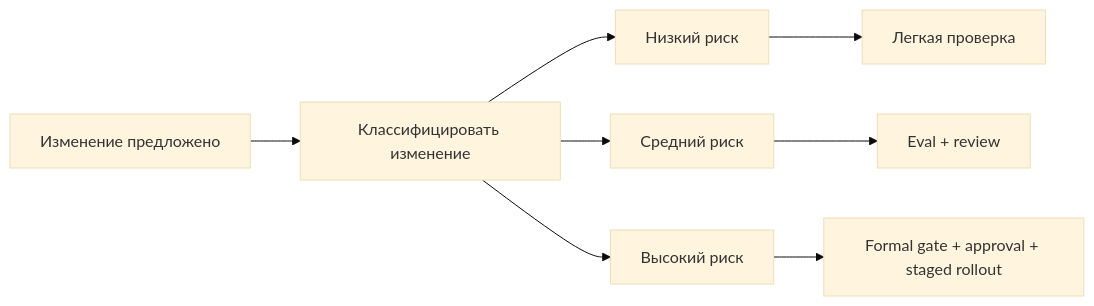
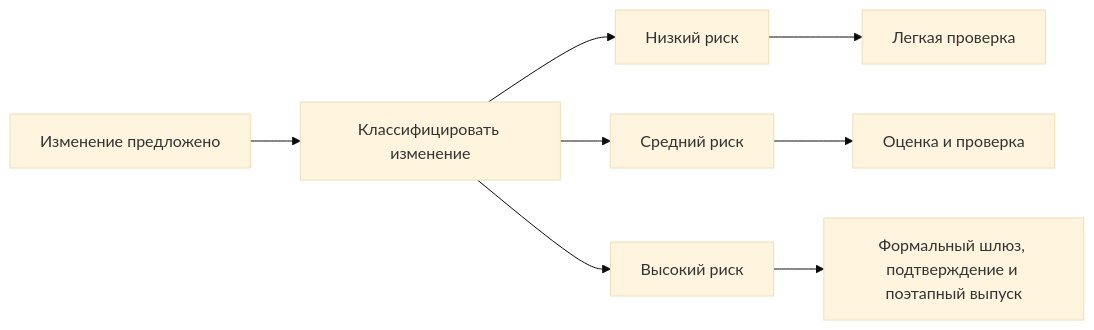
The diagram in docs/book/part-viii/chapter-20.md (agent-axiom/agent-arch), drawn with Mermaid (base theme) before and after one commit. The commit also changed other lines of this file and 26 other files, not shown here.

````diff
--- a/docs/book/part-viii/chapter-20.md
+++ b/docs/book/part-viii/chapter-20.md
@@ -79,10 +79,10 @@
 ``` mermaid
 flowchart LR
     A["Изменение предложено"] --> B["Классифицировать изменение"]
     B --> C["Низкий риск"]
     B --> D["Средний риск"]
     B --> E["Высокий риск"]
     C --> F["Легкая проверка"]
-    D --> G["Eval + review"]
-    E --> H["Formal gate + approval + staged rollout"]
+    D --> G["Оценка и проверка"]
+    E --> H["Формальный шлюз, подтверждение и поэтапный выпуск"]
 ```
````
